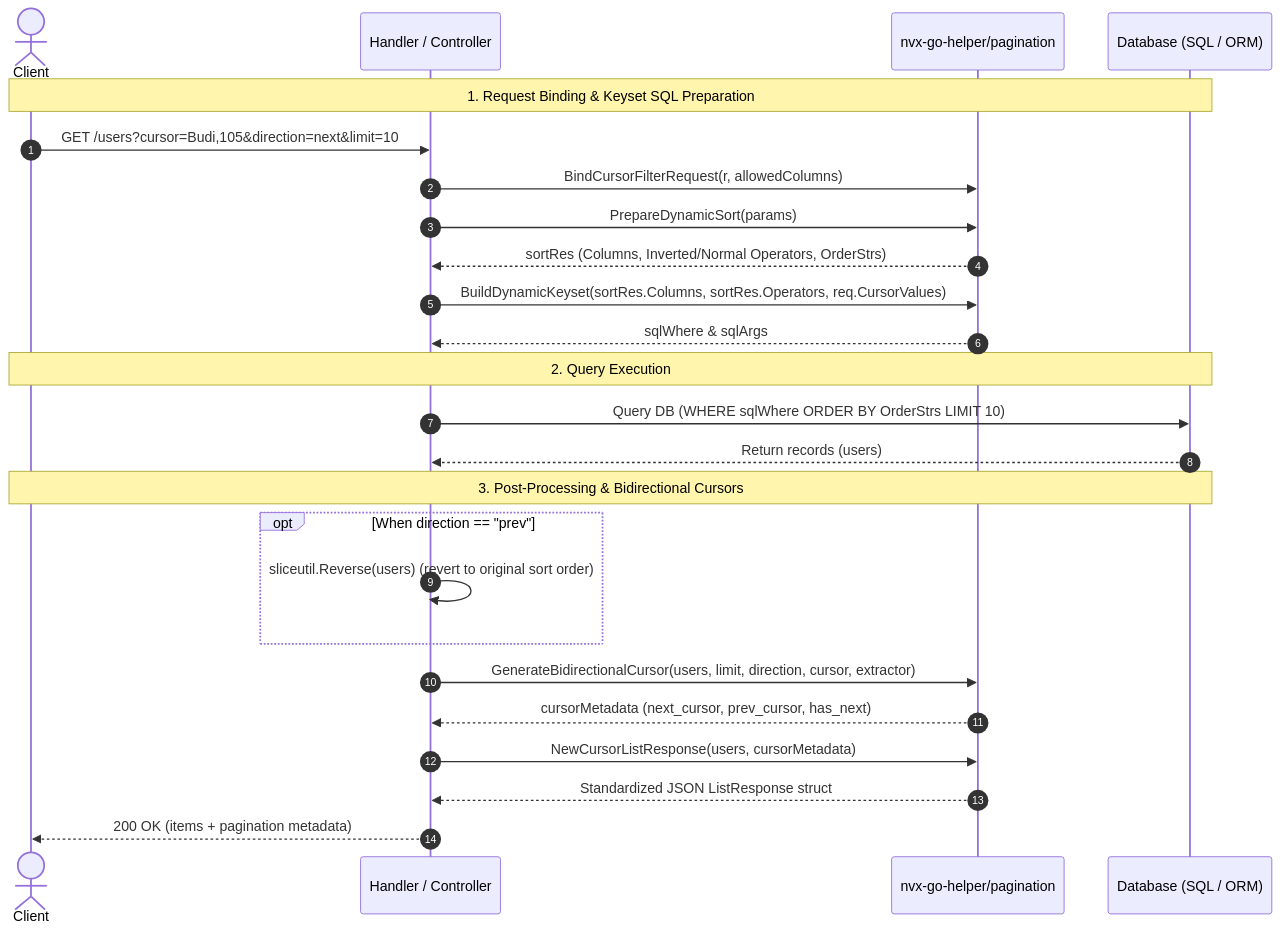
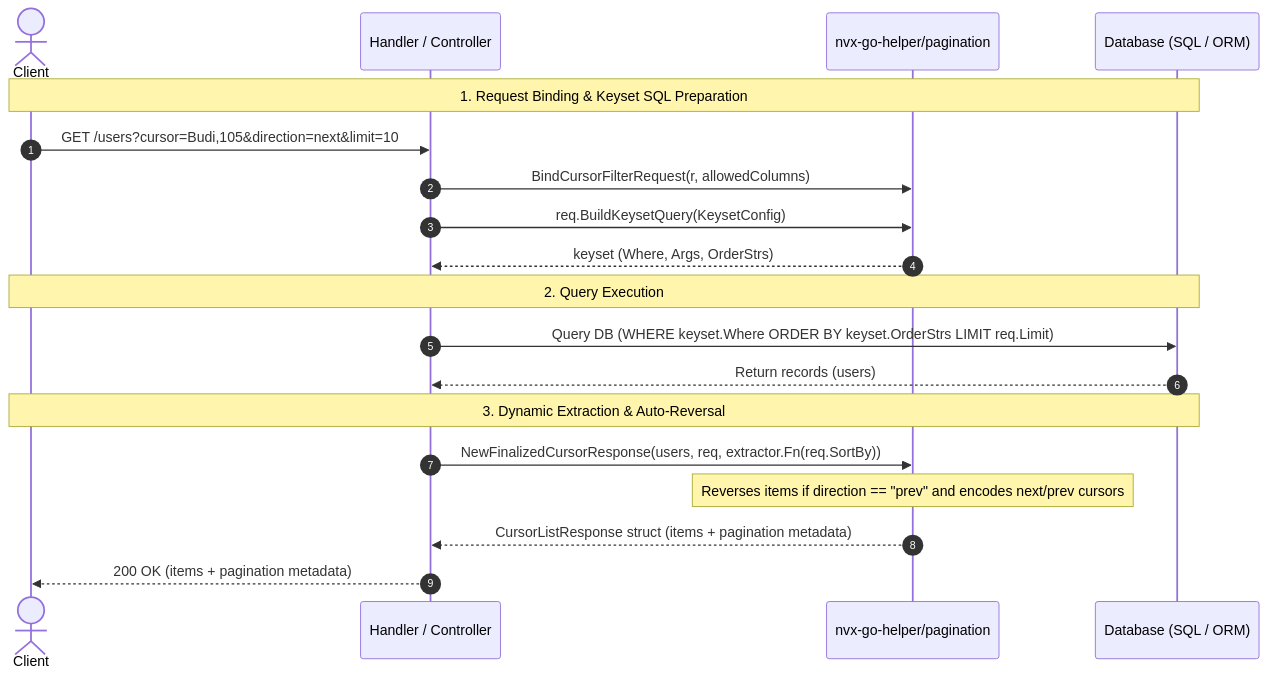
Before and after one commit to Jkenyut/nvx-go-helper: the diagram in pagination/README.md, drawn with Mermaid. The commit also changed other lines of this file and 10 other files, not shown here.

Commit message:
refactor: refactor pagination request methods, helpers, and response handling structures

````diff
--- a/pagination/README.md
+++ b/pagination/README.md
@@ -68,31 +68,25 @@
 ```mermaid
 sequenceDiagram
     autonumber
     actor Client
     participant Handler as Handler / Controller
     participant Helper as nvx-go-helper/pagination
     participant DB as Database (SQL / ORM)
 
     Note over Client,DB: 1. Request Binding & Keyset SQL Preparation
     Client->>Handler: GET /users?cursor=Budi,105&direction=next&limit=10
     Handler->>Helper: BindCursorFilterRequest(r, allowedColumns)
-    Handler->>Helper: PrepareDynamicSort(params)
-    Helper-->>Handler: sortRes (Columns, Inverted/Normal Operators, OrderStrs)
-    Handler->>Helper: BuildDynamicKeyset(sortRes.Columns, sortRes.Operators, req.CursorValues)
-    Helper-->>Handler: sqlWhere & sqlArgs
+    Handler->>Helper: req.BuildKeysetQuery(KeysetConfig)
+    Helper-->>Handler: keyset (Where, Args, OrderStrs)
 
     Note over Client,DB: 2. Query Execution
-    Handler->>DB: Query DB (WHERE sqlWhere ORDER BY OrderStrs LIMIT 10)
+    Handler->>DB: Query DB (WHERE keyset.Where ORDER BY keyset.OrderStrs LIMIT req.Limit)
     DB-->>Handler: Return records (users)
 
-    Note over Client,DB: 3. Post-Processing & Bidirectional Cursors
-    opt When direction == "prev"
-        Handler->>Handler: sliceutil.Reverse(users) (revert to original sort order)
-    end
-    Handler->>Helper: GenerateBidirectionalCursor(users, limit, direction, cursor, extractor)
-    Helper-->>Handler: cursorMetadata (next_cursor, prev_cursor, has_next)
-    Handler->>Helper: NewCursorListResponse(users, cursorMetadata)
-    Helper-->>Handler: Standardized JSON ListResponse struct
+    Note over Client,DB: 3. Dynamic Extraction & Auto-Reversal
+    Handler->>Helper: NewFinalizedCursorResponse(users, req, extractor.Fn(req.SortBy))
+    Note over Helper: Reverses items if direction == "prev" and encodes next/prev cursors
+    Helper-->>Handler: CursorListResponse struct (items + pagination metadata)
 
     Handler-->>Client: 200 OK (items + pagination metadata)
 ```
````
